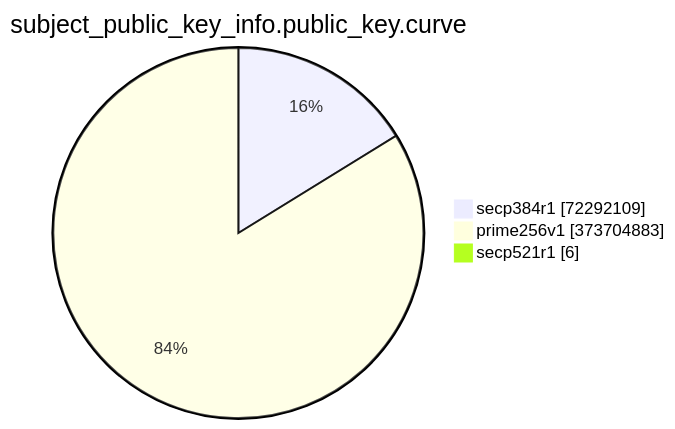
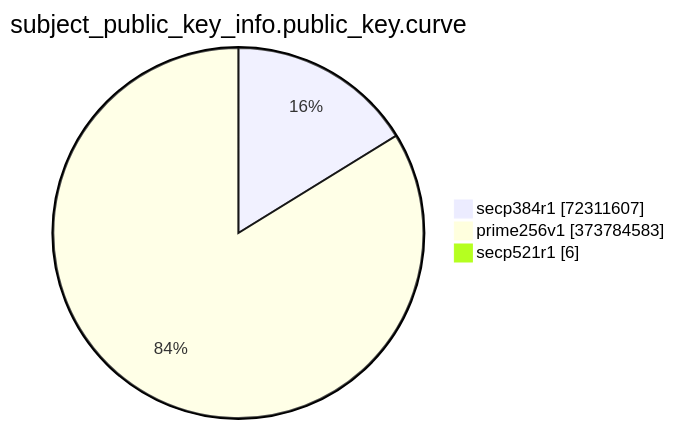
One commit to christiankrug/ctmonitor_visualization changed the eighth of 15 diagrams in TOTAL/README.md. Above: the diagram before and after it, drawn with Mermaid. The commit also changed other lines of this file, not shown here.

````diff
--- a/TOTAL/README.md
+++ b/TOTAL/README.md
@@ -3094,7 +3094,7 @@
 ```mermaid
 pie showData
 title subject_public_key_info.public_key.curve
-"secp384r1" :72292109
-"prime256v1" :373704883
+"secp384r1" :72311607
+"prime256v1" :373784583
 "secp521r1" :6
 ```
````
